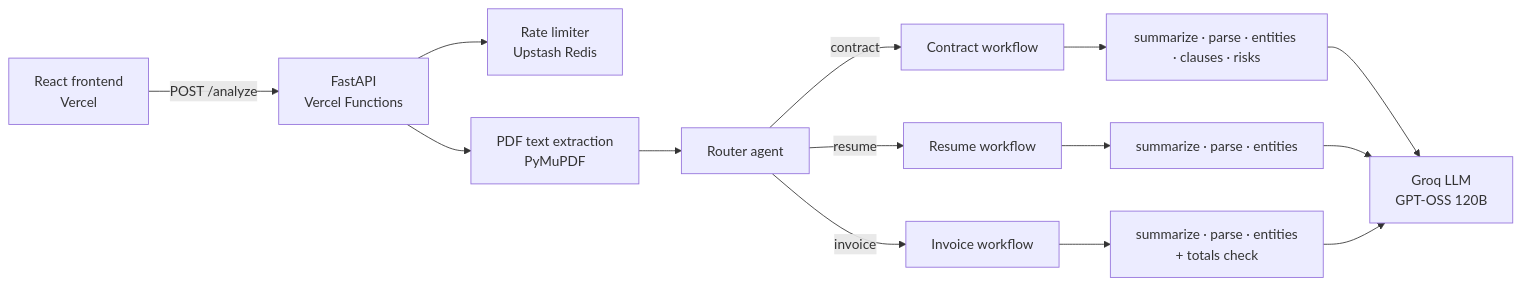
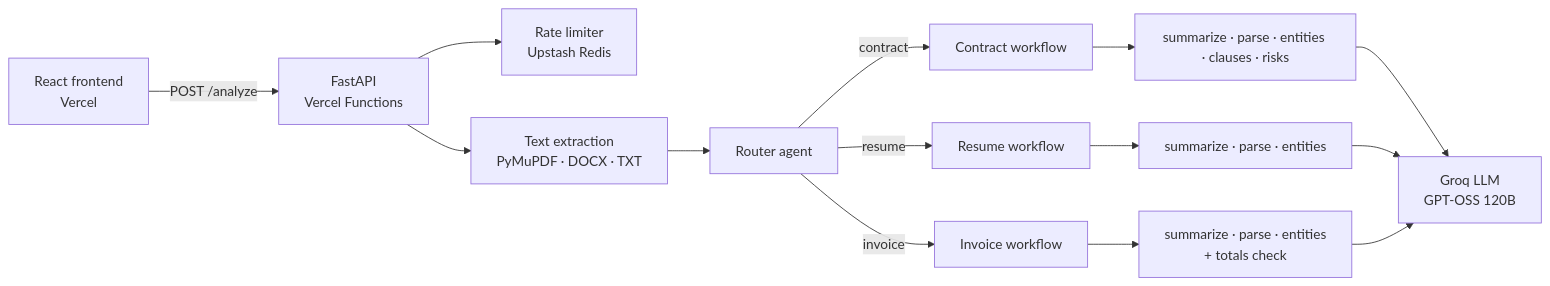
One commit to slayplayagrima/ParseMind changed the diagram in README.md. Above: the diagram before and after it, drawn with Mermaid. The commit also changed other lines of this file, not shown here.

Commit message:
docs: document DOCX and TXT support

````diff
--- a/README.md
+++ b/README.md
@@ -21,16 +21,16 @@
 ```mermaid
 flowchart LR
     U[React frontend<br/>Vercel] -->|POST /analyze| A[FastAPI<br/>Vercel Functions]
     A --> RL[Rate limiter<br/>Upstash Redis]
-    A --> P[PDF text extraction<br/>PyMuPDF]
+    A --> P[Text extraction<br/>PyMuPDF · DOCX · TXT]
     P --> R[Router agent]
     R -->|contract| CW[Contract workflow]
     R -->|resume| RW[Resume workflow]
     R -->|invoice| IW[Invoice workflow]
     CW --> S1[summarize · parse · entities · clauses · risks]
     RW --> S2[summarize · parse · entities]
     S1 --> G[Groq LLM<br/>GPT-OSS 120B]
     IW --> S3[summarize · parse · entities<br/>+ totals check]
     S2 --> G
     S3 --> G
 ```
````
